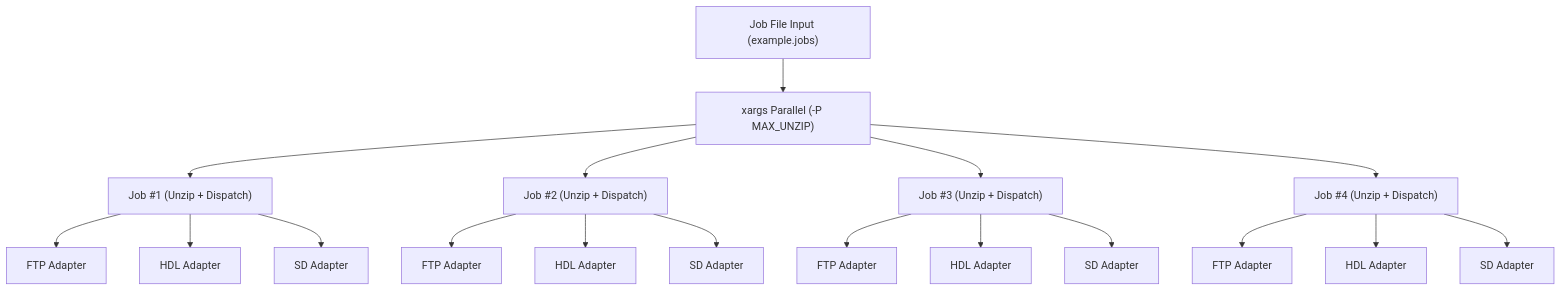
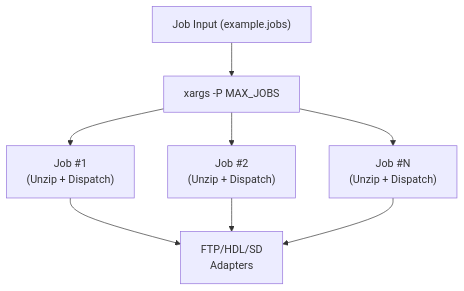
Before and after one commit to patrickfcarey/loadout-pipeline: the third of 4 diagrams in architecture.md, drawn with Mermaid. The commit also changed other lines of this file, not shown here.

````diff
--- a/architecture.md
+++ b/architecture.md
@@ -77,38 +80,16 @@
 ```mermaid
 flowchart TD
-    A["Job File Input (example.jobs)"]
-    B["xargs Parallel (-P MAX_UNZIP)"]
-    C1["Job #1 (Unzip + Dispatch)"]
-    C2["Job #2 (Unzip + Dispatch)"]
-    C3["Job #3 (Unzip + Dispatch)"]
-    C4["Job #4 (Unzip + Dispatch)"]
-    D1["FTP Adapter"]
-    D2["HDL Adapter"]
-    D3["SD Adapter"]
-    E1["FTP Adapter"]
-    E2["HDL Adapter"]
-    E3["SD Adapter"]
-    F1["FTP Adapter"]
-    F2["HDL Adapter"]
-    F3["SD Adapter"]
-    G1["FTP Adapter"]
-    G2["HDL Adapter"]
-    G3["SD Adapter"]
+    A["Job Input (example.jobs)"]
+    B["xargs -P MAX_JOBS"]
+    C1["Job #1<br/>(Unzip + Dispatch)"]
+    C2["Job #2<br/>(Unzip + Dispatch)"]
+    C3["Job #N<br/>(Unzip + Dispatch)"]
+    E1["FTP/HDL/SD<br/>Adapters"]
     A --> B
     B --> C1
     B --> C2
     B --> C3
-    B --> C4
-    C1 --> D1
-    C1 --> D2
-    C1 --> D3
+    C1 --> E1
     C2 --> E1
-    C2 --> E2
-    C2 --> E3
-    C3 --> F1
-    C3 --> F2
-    C3 --> F3
-    C4 --> G1
-    C4 --> G2
-    C4 --> G3
+    C3 --> E1
 ```
````
